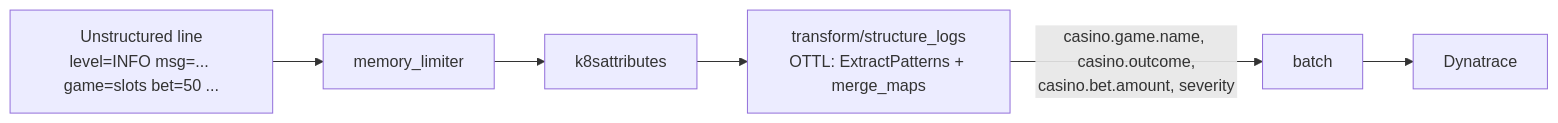
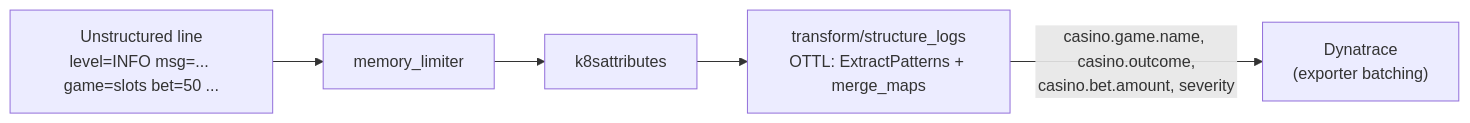
One commit to agardnerIT/Otel-Training changed the diagram in docs-site/advanced/catalog-b5-ottl-log-structuring.md. Above: the diagram before and after it, drawn with Mermaid. The commit also changed other lines of this file and 8 other files, not shown here.

````diff
--- a/docs-site/advanced/catalog-b5-ottl-log-structuring.md
+++ b/docs-site/advanced/catalog-b5-ottl-log-structuring.md
@@ -18,8 +18,7 @@
 ```mermaid
 flowchart LR
   raw["Unstructured line<br/>level=INFO msg=... game=slots bet=50 ..."] --> ml["memory_limiter"]
   ml --> k8s["k8sattributes"]
   k8s --> t["transform/structure_logs<br/>OTTL: ExtractPatterns + merge_maps"]
-  t -->|"casino.game.name, casino.outcome,<br/>casino.bet.amount, severity"| b["batch"]
-  b --> dt["Dynatrace"]
+  t -->|"casino.game.name, casino.outcome,<br/>casino.bet.amount, severity"| dt["Dynatrace<br/>(exporter batching)"]
 ```
````
